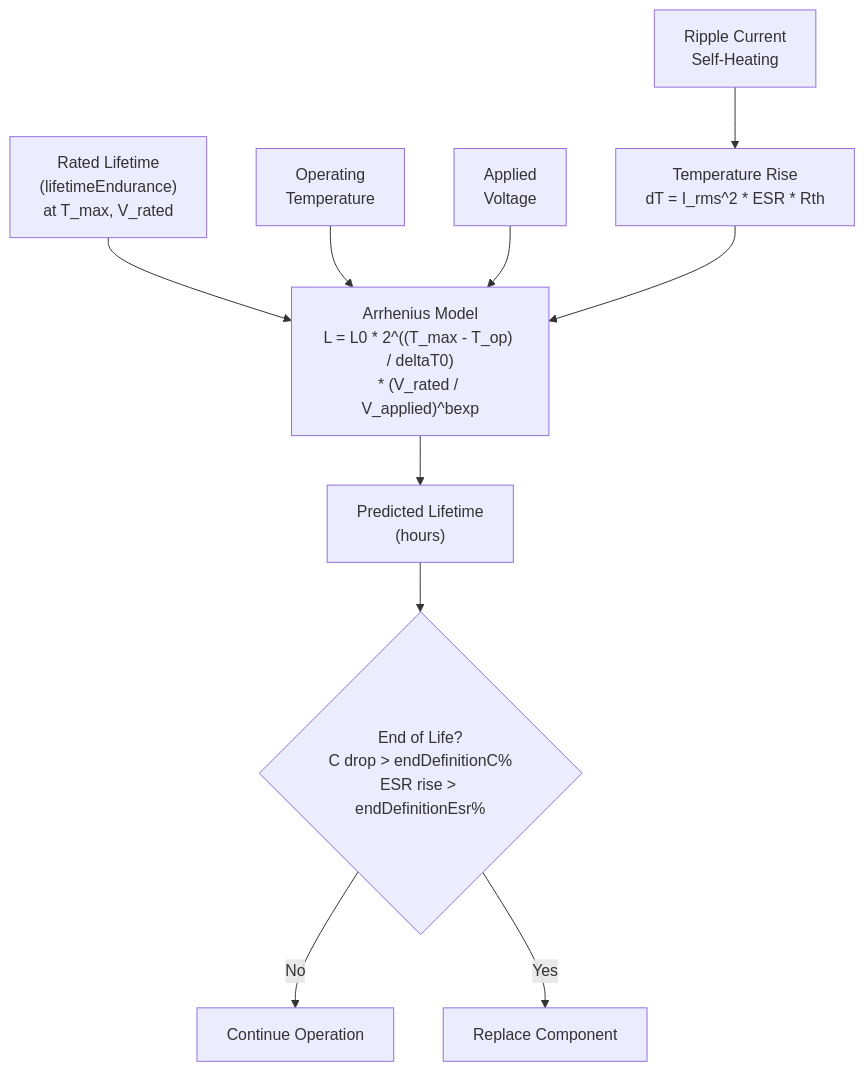
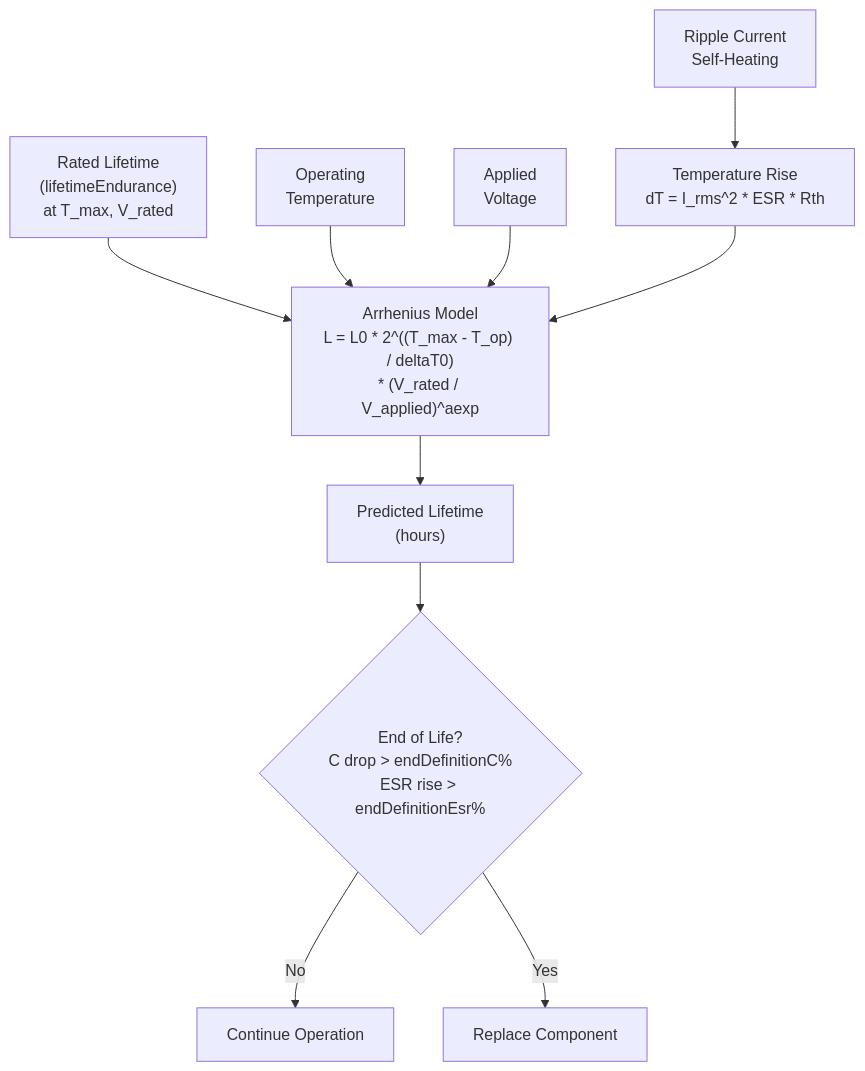
Before and after one commit to Power-Supply-Manufacturers-Association/CAS: the second of 3 diagrams in README.md, drawn with Mermaid. The commit also changed other lines of this file and 12 other files, not shown here.

First line of the commit message:
fix(schema): unblock designRequirements base fields; one technology vocabulary; docs rewritten from the schemas

````diff
--- a/README.md
+++ b/README.md
@@ -191,17 +195,17 @@
 ```mermaid
 flowchart TD
     Rated["Rated Lifetime<br/>(lifetimeEndurance)<br/>at T_max, V_rated"]
     Temp["Operating<br/>Temperature"]
     Volt["Applied<br/>Voltage"]
     Ripple["Ripple Current<br/>Self-Heating"]
 
-    Rated --> Arrhenius["Arrhenius Model<br/>L = L0 * 2^((T_max - T_op) / deltaT0)<br/>* (V_rated / V_applied)^bexp"]
+    Rated --> Arrhenius["Arrhenius Model<br/>L = L0 * 2^((T_max - T_op) / deltaT0)<br/>* (V_rated / V_applied)^aexp"]
     Temp --> Arrhenius
     Volt --> Arrhenius
     Ripple --> DeltaT["Temperature Rise<br/>dT = I_rms^2 * ESR * Rth"]
     DeltaT --> Arrhenius
     Arrhenius --> Life["Predicted Lifetime<br/>(hours)"]
     Life --> EOL{"End of Life?<br/>C drop > endDefinitionC%<br/>ESR rise > endDefinitionEsr%"}
     EOL -->|"No"| OK["Continue Operation"]
     EOL -->|"Yes"| Replace["Replace Component"]
 ```
````
